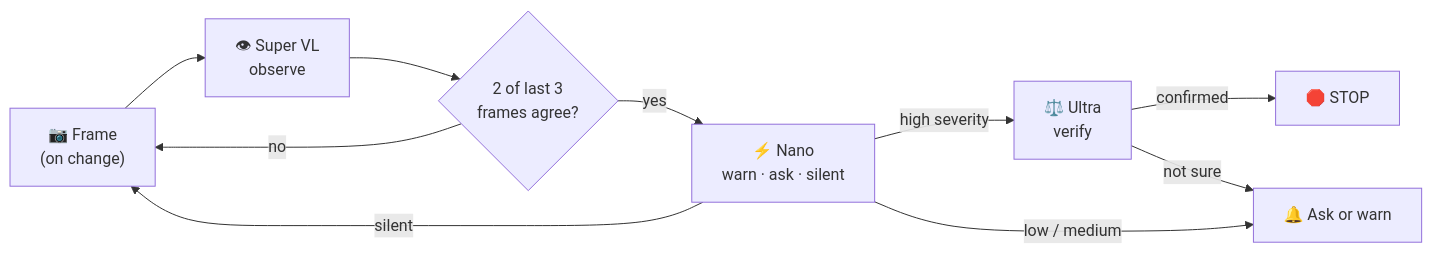
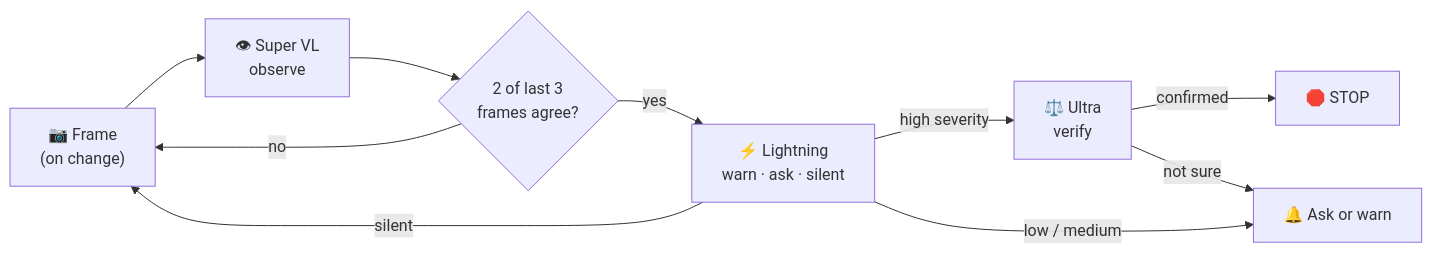
Before and after one commit to zaxcoraider/second-hands: the diagram in README.md, drawn with Mermaid. The commit also changed other lines of this file and 4 other files, not shown here.

````diff
--- a/README.md
+++ b/README.md
@@ -126,12 +126,12 @@
 ```mermaid
 flowchart LR
     F["📷 Frame<br/>(on change)"] --> VL["👁 Super VL<br/>observe"]
     VL --> C{"2 of last 3<br/>frames agree?"}
     C -- no --> F
-    C -- yes --> N["⚡ Nano<br/>warn · ask · silent"]
+    C -- yes --> N["⚡ Lightning<br/>warn · ask · silent"]
     N -- silent --> F
     N -- "high severity" --> U["⚖️ Ultra<br/>verify"]
     N -- "low / medium" --> A["🔔 Ask or warn"]
     U -- confirmed --> S["🛑 STOP"]
     U -- "not sure" --> A
 ```
````
